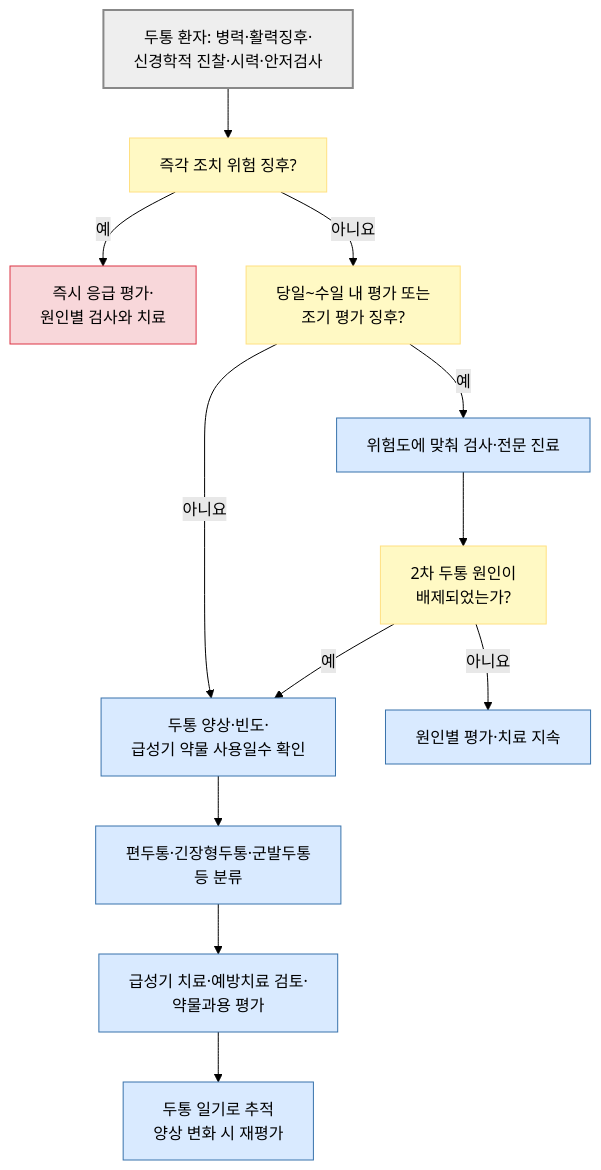
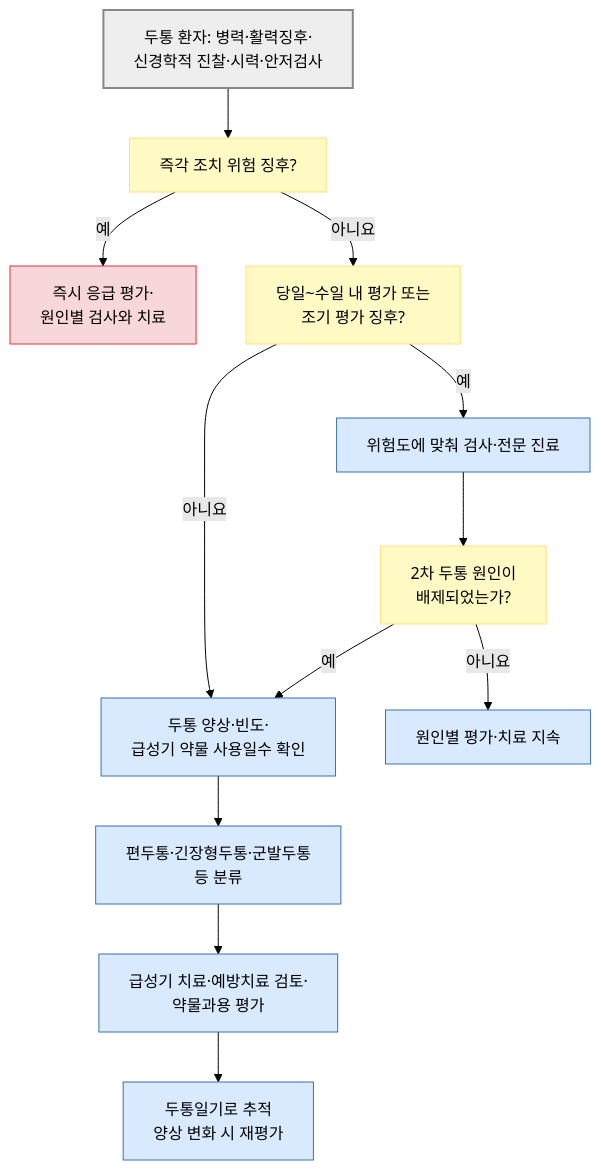
One commit to familyoh77/familyoh77 changed the diagram in 221_/015_-headache.md. Above: the diagram before and after it, drawn with Mermaid (forest theme). The commit also changed other lines of this file and 3 other files, not shown here.

````diff
--- a/221_/015_-headache.md
+++ b/221_/015_-headache.md
@@ -214,22 +214,22 @@
 ```mermaid
 flowchart TD
     A["두통 환자: 병력·활력징후·<br/>신경학적 진찰·시력·안저검사"] --> B["즉각 조치 위험 징후?"]
     B -- "예" --> C["즉시 응급 평가·<br/>원인별 검사와 치료"]
     B -- "아니요" --> D["당일~수일 내 평가 또는 <br/>조기 평가 징후?"]
     D -- "예" --> E["위험도에 맞춰 검사·전문 진료"]
     D -- "아니요" --> F["두통 양상·빈도·<br/>급성기 약물 사용일수 확인"]
     E --> G["2차 두통 원인이 <br/>배제되었는가?"]
     G -- "아니요" --> H["원인별 평가·치료 지속"]
     G -- "예" --> F
     F --> I["편두통·긴장형두통·군발두통 <br/>등 분류"]
     I --> J["급성기 치료·예방치료 검토·<br/>약물과용 평가"]
-    J --> K["두통 일기로 추적<br/>양상 변화 시 재평가"]
+    J --> K["두통일기로 추적<br/>양상 변화 시 재평가"]
     classDef start fill:#eeeeee,stroke:#888888,stroke-width:2px;
     classDef decision fill:#fff9c4,stroke:#ffe082;
     classDef emergency fill:#f8d7da,stroke:#dc3545;
     classDef care fill:#d9eaff,stroke:#3973ac;
     class A start;
     class B,D,G decision;
     class C emergency;
     class E,F,H,I,J,K care;
 ```
````
